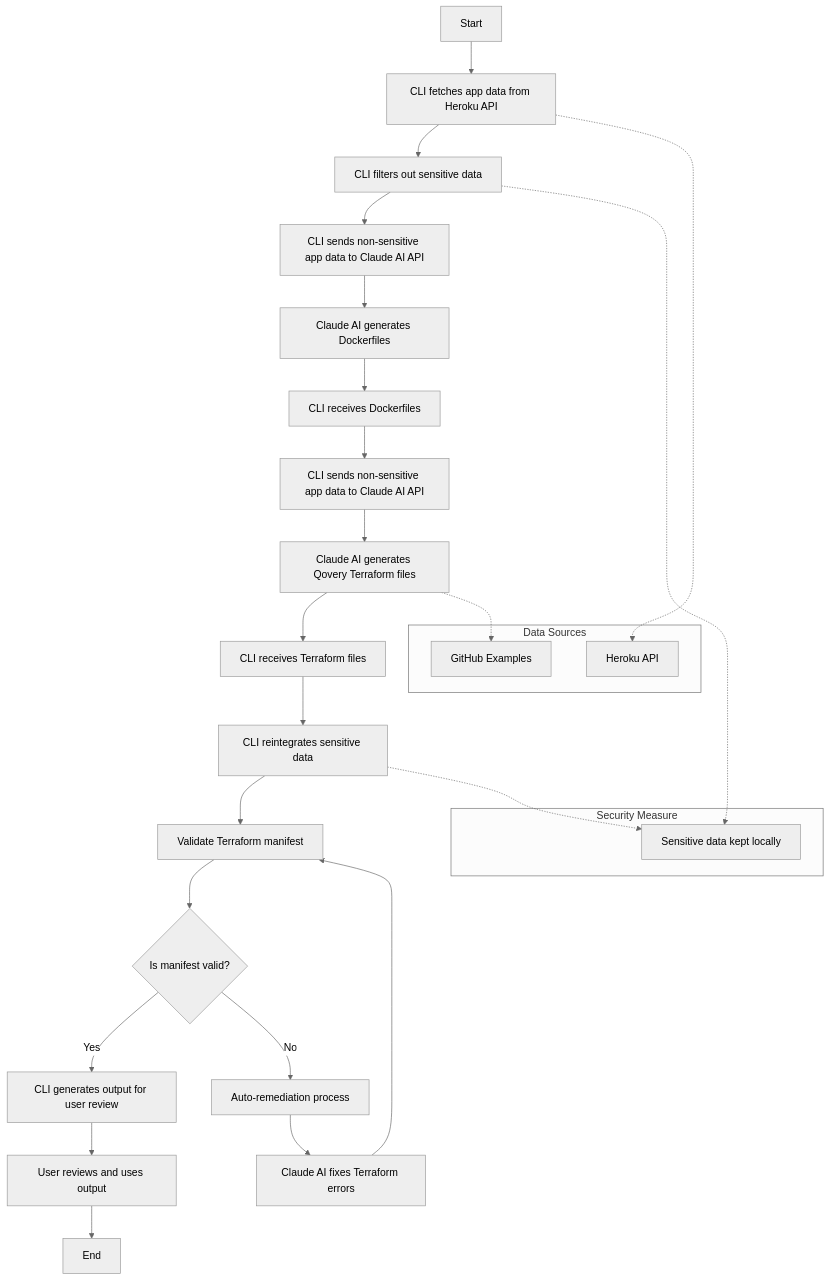
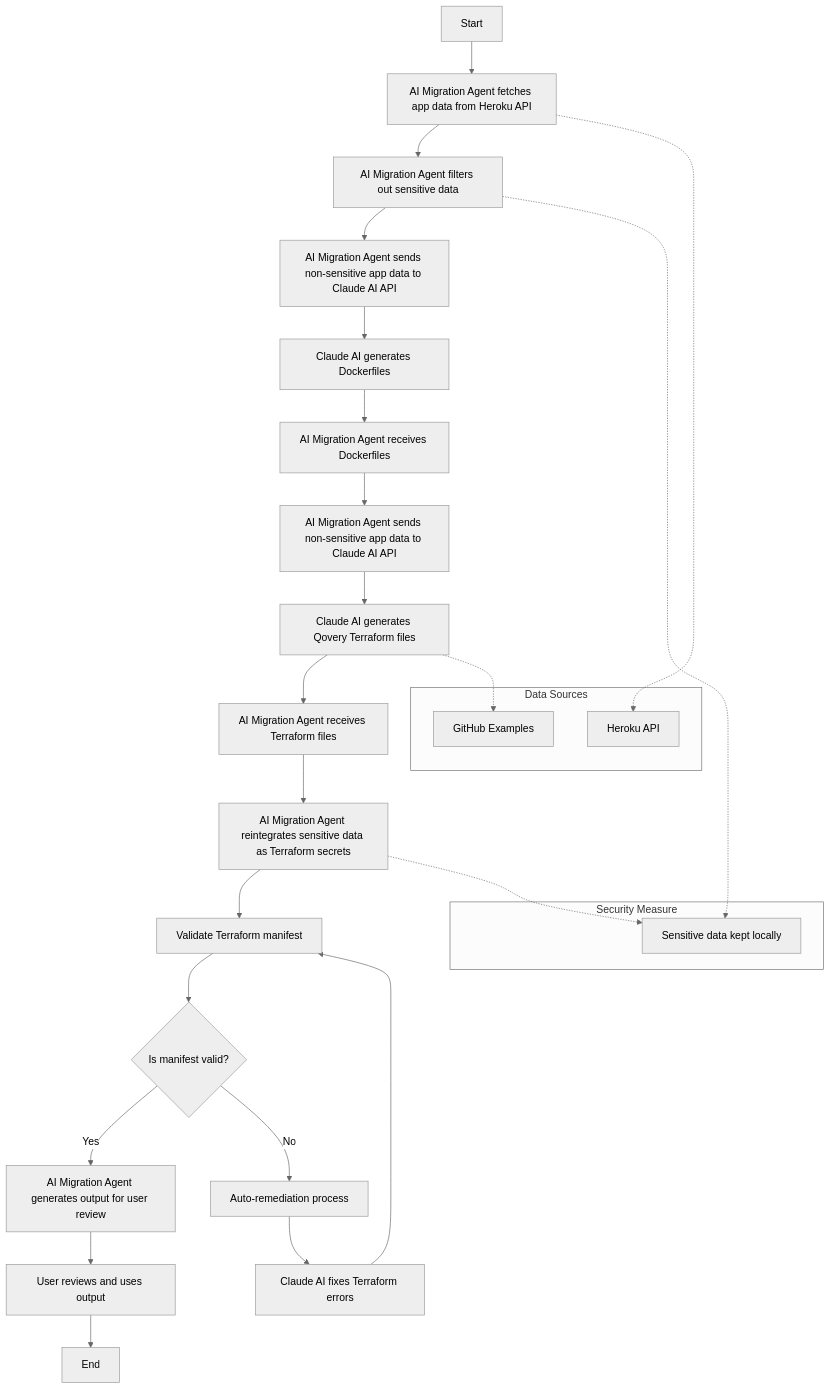
The diagram in README.md (Qovery/qovery-migration-ai-agent), drawn with Mermaid (neutral theme) before and after one commit.

````diff
--- a/README.md
+++ b/README.md
@@ -38,34 +38,35 @@
 ```mermaid
 graph TD
-    A[Start] --> B[CLI fetches app data from Heroku API]
-    B --> C[CLI filters out sensitive data]
-    C --> D[CLI sends non-sensitive app data to Claude AI API]
+    A[Start] --> B[AI Migration Agent fetches app data from Heroku API]
+    B --> C[AI Migration Agent filters out sensitive data]
+    C --> D[AI Migration Agent sends non-sensitive app data to Claude AI API]
     D --> E[Claude AI generates Dockerfiles]
-    E --> F[CLI receives Dockerfiles]
-    F --> G[CLI sends non-sensitive app data to Claude AI API]
+    E --> F[AI Migration Agent receives Dockerfiles]
+    F --> G[AI Migration Agent sends non-sensitive app data to Claude AI API]
     G --> H[Claude AI generates Qovery Terraform files]
-    H --> I[CLI receives Terraform files]
-    I --> J[CLI reintegrates sensitive data]
+    H --> I[AI Migration Agent receives Terraform files]
+    I --> J[AI Migration Agent reintegrates sensitive data as Terraform secrets]
     J --> K[Validate Terraform manifest]
     K --> L{Is manifest valid?}
-    L -->|Yes| M[CLI generates output for user review]
+    L -->|Yes| M[AI Migration Agent generates output for user review]
     L -->|No| N[Auto-remediation process]
     N --> O[Claude AI fixes Terraform errors]
     O --> K
     M --> P[User reviews and uses output]
     P --> Q[End]
 
     subgraph "Data Sources"
         R[Heroku API]
         S[GitHub Examples]
     end
 
     subgraph "Security Measure"
         T[Sensitive data kept locally]
     end
 
     B -.-> R
     H -.-> S
     C -.-> T
     J -.-> T
+
 ```
````
